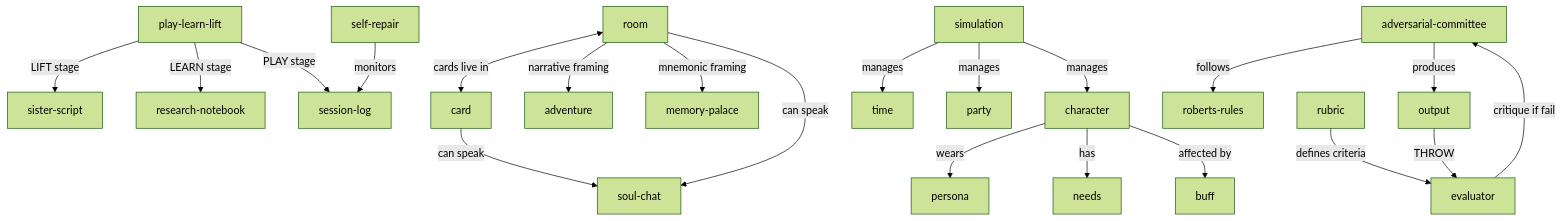
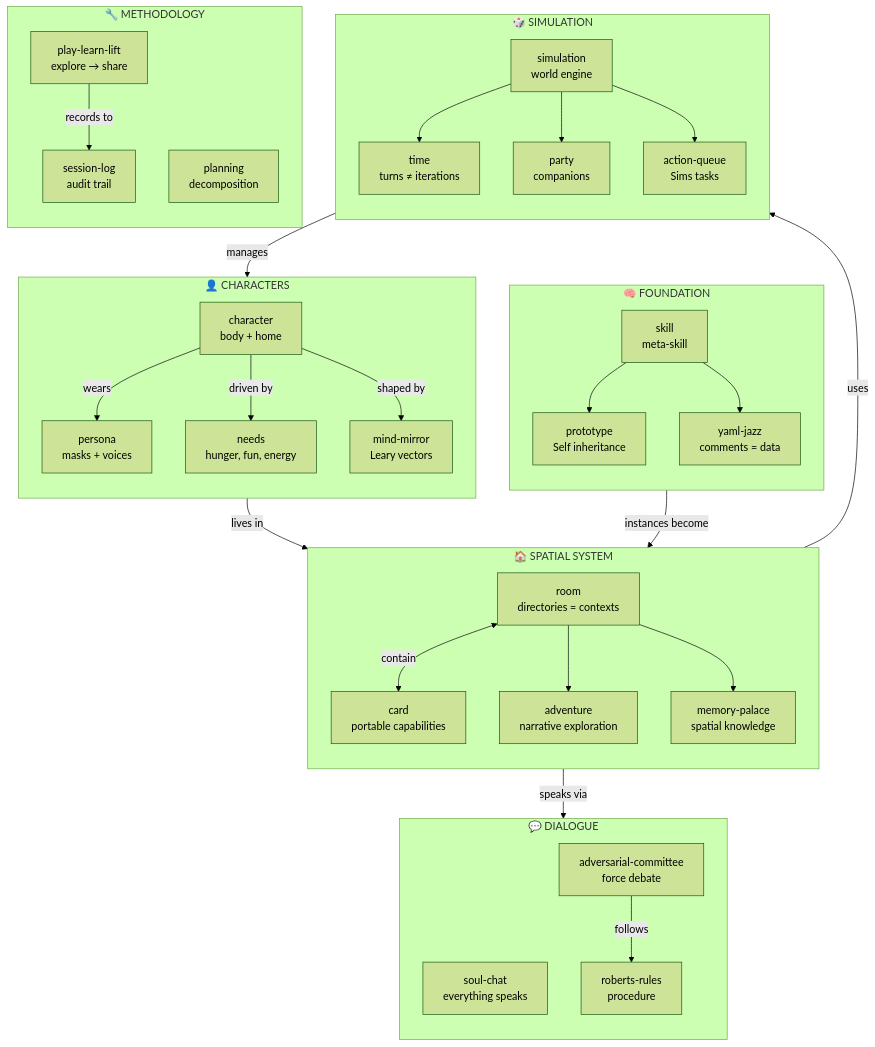
One commit to SimHacker/moollm changed the diagram in skills/README.md. Above: the diagram before and after it, drawn with Mermaid (forest theme). The commit also changed other lines of this file and 1 other file, not shown here.

Commit message:
🗂️ Clean up skill index and README
- Removed docs field from skill entry in INDEX.yml (those files are internal now)
- Removed individual protocol file refs from README.md Meta Files table
- INDEX should list skill directories, not individual files within them
- delegation-object-protocol.md and skill-instantiation-protocol.md stay in skills/skill/
- Updated Intertwingularity diagram: vertical layout, 6 themed clusters, 17 key skills
- Updated Skill Anatomy to show CARD.yml as required

````diff
--- a/skills/README.md
+++ b/skills/README.md
@@ -197,30 +199,67 @@
 ```mermaid
-graph TD
-    PLL[play-learn-lift] -->|LIFT stage| SS[sister-script]
-    PLL -->|LEARN stage| RN[research-notebook]
-    PLL -->|PLAY stage| SL[session-log]
+graph TB
+    subgraph CORE["🧠 FOUNDATION"]
+        direction TB
+        SKILL[skill<br/>meta-skill]
+        PROTO[prototype<br/>Self inheritance]
+        YAML[yaml-jazz<br/>comments = data]
+        SKILL --> PROTO
+        SKILL --> YAML
+    end
     
-    R[room] <-->|cards live in| TC[card]
-    R -->|narrative framing| AP[adventure]
-    R -->|mnemonic framing| MP[memory-palace]
+    subgraph SPACE["🏠 SPATIAL SYSTEM"]
+        direction TB
+        ROOM[room<br/>directories = contexts]
+        CARD[card<br/>portable capabilities]
+        ADV[adventure<br/>narrative exploration]
+        MP[memory-palace<br/>spatial knowledge]
+        ROOM <-->|"contain"| CARD
+        ROOM --> ADV
+        ROOM --> MP
+    end
     
-    TC -->|can speak| SC[soul-chat]
-    R -->|can speak| SC
+    subgraph CHAR["👤 CHARACTERS"]
+        direction TB
+        CHARACTER[character<br/>body + home]
+        PERSONA[persona<br/>masks + voices]
+        NEEDS[needs<br/>hunger, fun, energy]
+        MM[mind-mirror<br/>Leary vectors]
+        CHARACTER -->|"wears"| PERSONA
+        CHARACTER -->|"driven by"| NEEDS
+        CHARACTER -->|"shaped by"| MM
+    end
     
-    SIM[simulation] -->|manages| TIME[time]
-    SIM -->|manages| PARTY[party]
-    SIM -->|manages| CHAR[character]
+    subgraph SIM["🎲 SIMULATION"]
+        direction TB
+        SIMULATION[simulation<br/>world engine]
+        TIME[time<br/>turns ≠ iterations]
+        PARTY[party<br/>companions]
+        AQ[action-queue<br/>Sims tasks]
+        SIMULATION --> TIME
+        SIMULATION --> PARTY
+        SIMULATION --> AQ
+    end
     
-    CHAR -->|wears| PERSONA[persona]
-    CHAR -->|has| NEEDS[needs]
-    CHAR -->|affected by| BUFF[buff]
+    subgraph VOICE["💬 DIALOGUE"]
+        direction TB
+        SC[soul-chat<br/>everything speaks]
+        AC[adversarial-committee<br/>force debate]
+        RR[roberts-rules<br/>procedure]
+        AC -->|"follows"| RR
+    end
     
-    SR[self-repair] -->|monitors| SL
+    subgraph WORK["🔧 METHODOLOGY"]
+        direction TB
+        PLL[play-learn-lift<br/>explore → share]
+        PLAN[planning<br/>decomposition]
+        LOG[session-log<br/>audit trail]
+    end
     
-    %% Mike Gallaher's Decision System
-    AC[adversarial-committee] -->|follows| RR[roberts-rules]
-    AC -->|produces| OUT[output]
-    OUT -->|THROW| EV[evaluator]
-    RUB[rubric] -->|defines criteria| EV
-    EV -->|critique if fail| AC
+    %% Cross-cluster connections
+    PROTO -->|"instances become"| ROOM
+    CARD -->|"speaks via"| SC
+    CHARACTER -->|"lives in"| ROOM
+    SIMULATION -->|"manages"| CHARACTER
+    ADV -->|"uses"| SIMULATION
+    PLL -->|"records to"| LOG
 ```
````
